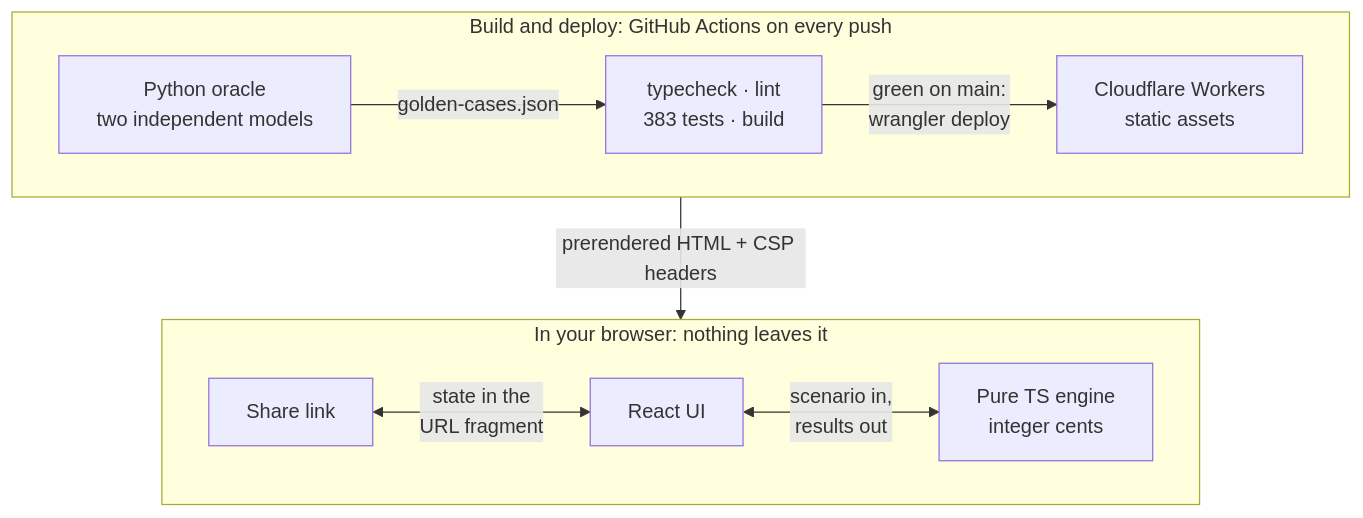
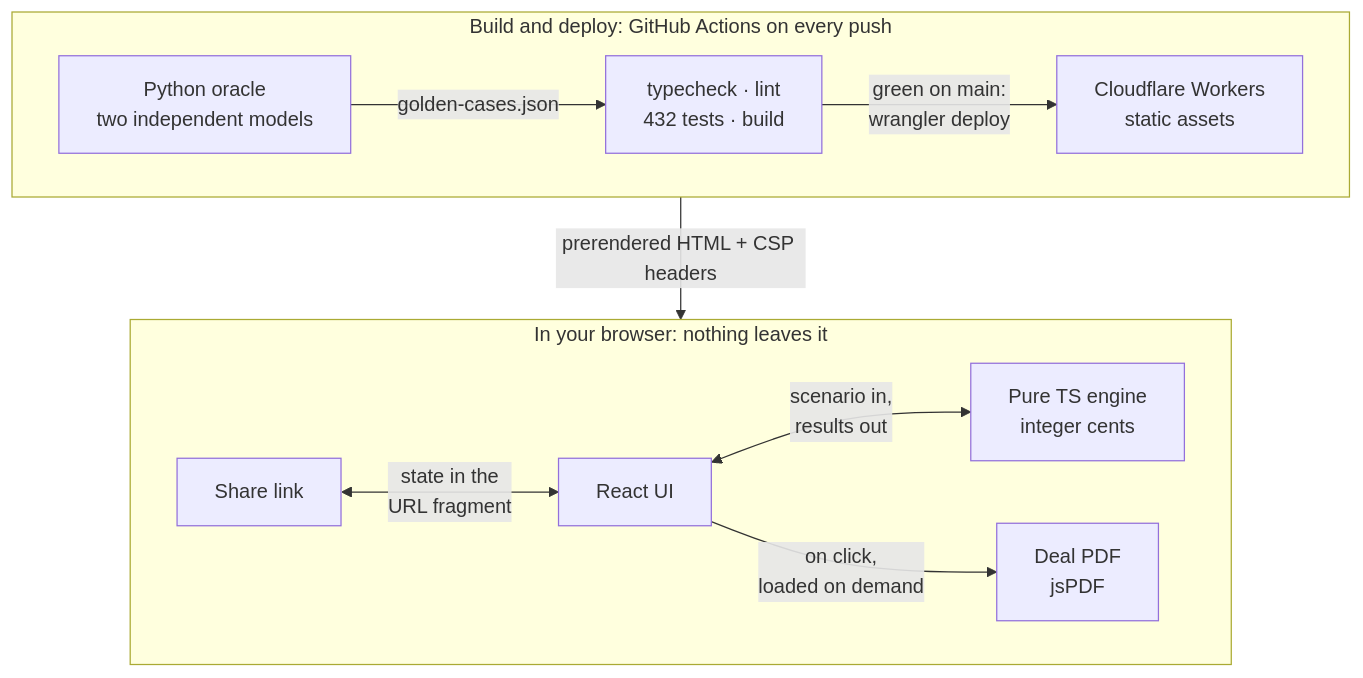
Before and after one commit to andriuskleinas/tiny-percent: the diagram in README.md, drawn with Mermaid. The commit also changed other lines of this file and 6 other files, not shown here.

First line of the commit message:
README: note maturity, deal PDF, the maths sections, new screenshots

````diff
--- a/README.md
+++ b/README.md
@@ -118,14 +143,15 @@
 ```mermaid
 flowchart TB
   subgraph Build["Build and deploy: GitHub Actions on every push"]
     direction LR
-    O[Python oracle<br/>two independent models] -->|golden-cases.json| G[typecheck · lint<br/>383 tests · build]
+    O[Python oracle<br/>two independent models] -->|golden-cases.json| G[typecheck · lint<br/>432 tests · build]
     G -->|green on main:<br/>wrangler deploy| CF[Cloudflare Workers<br/>static assets]
   end
   subgraph Browser["In your browser: nothing leaves it"]
     direction LR
     L[Share link] <-->|state in the<br/>URL fragment| UI[React UI]
     UI <-->|scenario in,<br/>results out| E[Pure TS engine<br/>integer cents]
+    UI -->|on click,<br/>loaded on demand| P[Deal PDF<br/>jsPDF]
   end
   Build -->|prerendered HTML + CSP headers| Browser
 ```
````
